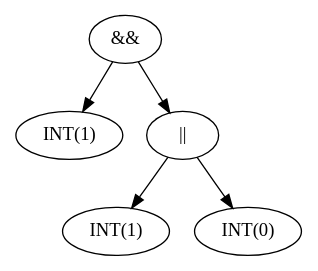
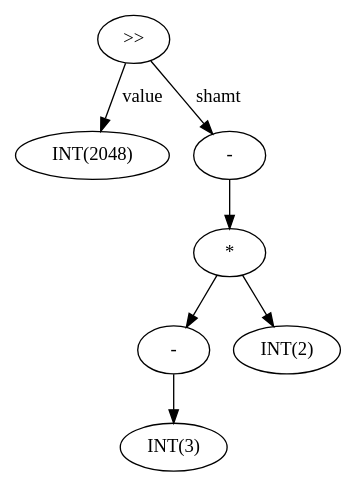
The diagram in temp/ast_proj1.dot (ArneDePeuter/UA-2024-Compiler), drawn with Graphviz before and after one commit. The commit also changed 9 other files, not shown here.

```diff
--- a/temp/ast_proj1.dot
+++ b/temp/ast_proj1.dot
@@ -1,11 +1,15 @@
 digraph ExpressionGraph {
-4493711952 [label="&&"];
-4493711952 -> 4493711280;
-4493711952 -> 4493712144;
-4493711280 [label="INT(1)"];
-4493712144 [label="||"];
-4493712144 -> 4493711904;
-4493712144 -> 4493712048;
-4493711904 [label="INT(1)"];
-4493712048 [label="INT(0)"];
+140675631689840 [label=">>"];
+140675631689840 -> 140675631623424 [label="value"];
+140675631623424 [label="INT(2048)"];
+140675631689840 -> 140675631623808 [label="shamt"];
+140675631623808 [label="-"];
+140675631623808 -> 140675631624096;
+140675631624096 [label="*"];
+140675631624096 -> 140675631623904;
+140675631624096 -> 140675631624000;
+140675631623904 [label="-"];
+140675631623904 -> 140675631623760;
+140675631623760 [label="INT(3)"];
+140675631624000 [label="INT(2)"];
 }
```
